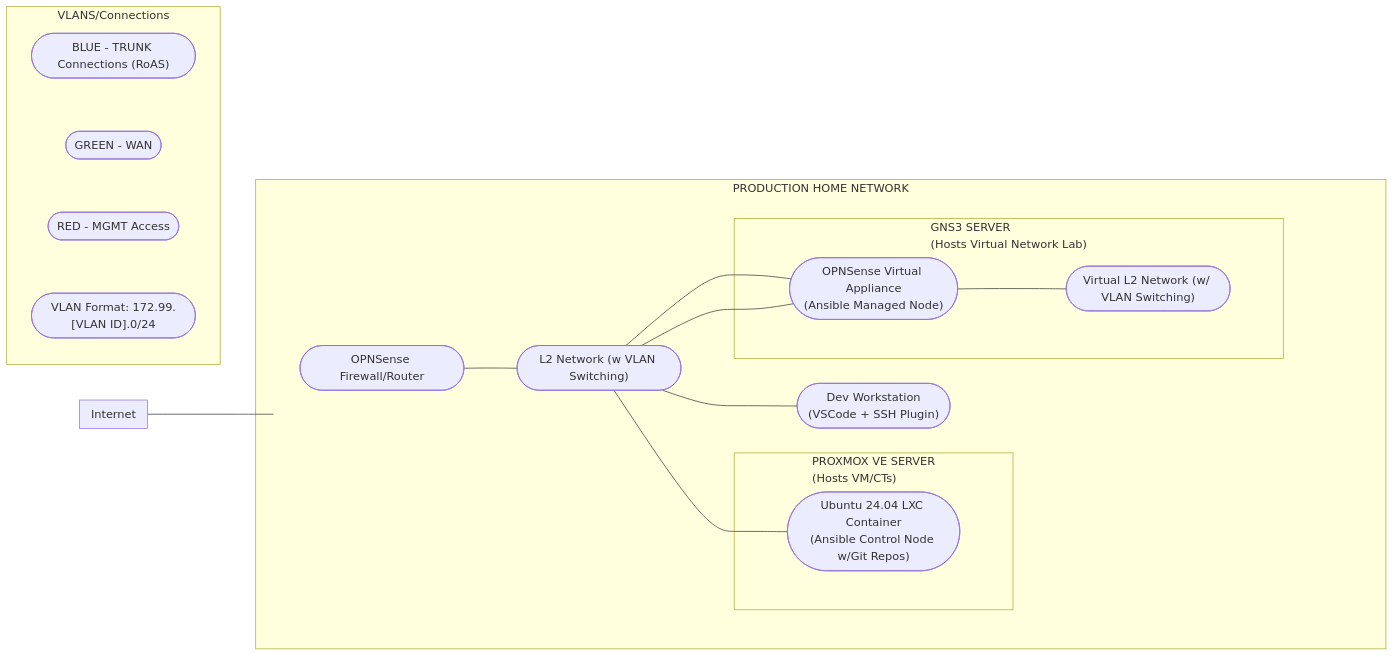
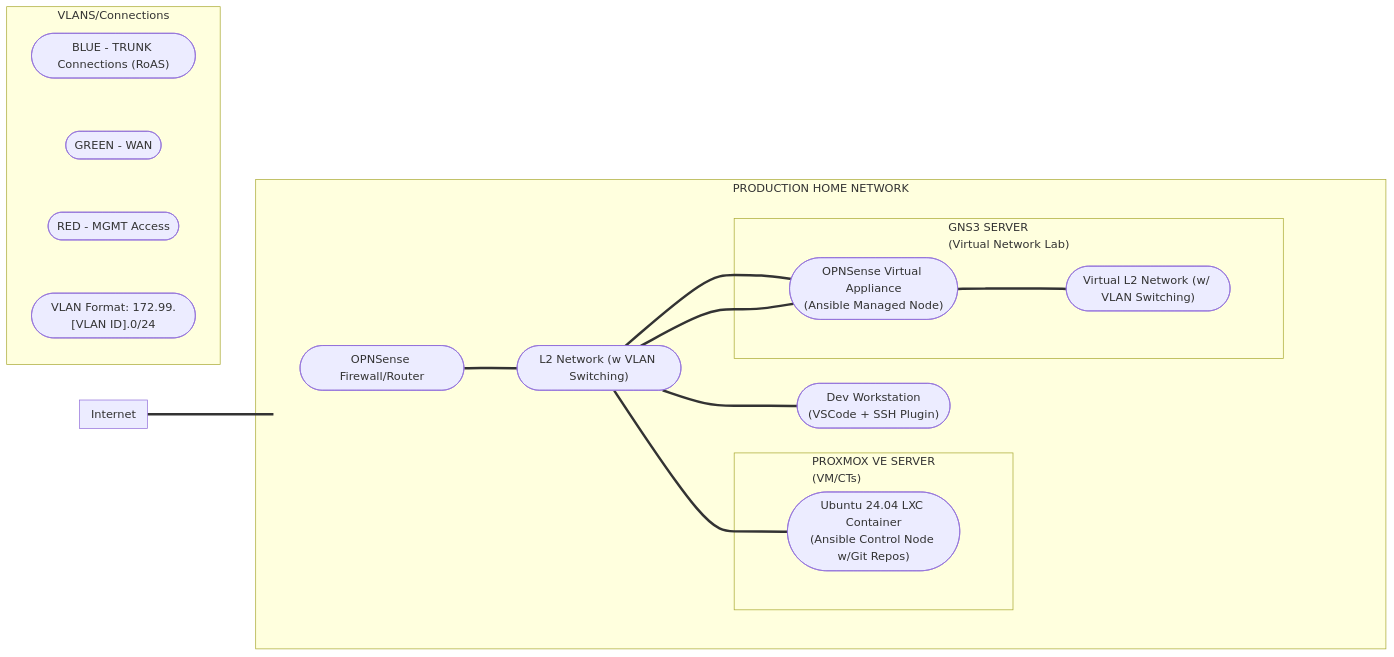
The diagram in docs/env_setup/index.md (drinferno2001/HOME_NETWORK_AUTOMATION_WIKI), drawn with Mermaid before and after one commit.

Commit message:
Remove extraneous wording in node names and buffed up links between nodes/devices (network diagrams).

````diff
--- a/docs/env_setup/index.md
+++ b/docs/env_setup/index.md
@@ -12,71 +12,75 @@
 ``` mermaid
 flowchart LR
 
     %% Define Production Home Network Nodes
 
     PRD_OPNSense(["OPNSense Firewall/Router"])
     PRD_Switching(["L2 Network (w VLAN Switching)"])
     DEV_Workstation(["Dev Workstation<br/>(VSCode + SSH Plugin)"])
 
     %% Define Proxmox Server Nodes
 
     PVE_LXC(["Ubuntu 24.04 LXC Container<br/>(Ansible Control Node w/Git Repos)"])
 
     %% Define GNS3 Server Nodes
 
     VIRT_OPNSense(["OPNSense Virtual Appliance<br/>(Ansible Managed Node)"])
     VIRT_Switching(["Virtual L2 Network (w/ VLAN Switching)"])
 
     %% Define Internet Subgraph
     
     subgraph Internet
     end
     
     subgraph Production_Home_Network [PRODUCTION HOME NETWORK]
         subgraph PHN_Container[" "]
             direction LR
             
-            PRD_OPNSense --- PRD_Switching
-            PRD_Switching --- DEV_Workstation
+            PRD_OPNSense === PRD_Switching
+            PRD_Switching === DEV_Workstation
             
             %% Define Proxmox VE Server Block
-            subgraph Proxmox_VE_Server ["PROXMOX VE SERVER<br/>(Hosts VM/CTs)"]
+            subgraph Proxmox_VE_Server ["PROXMOX VE SERVER<br/>(VM/CTs)"]
                 subgraph Proxmox_VE_Server_Padding[" "]
                     PVE_LXC
                 end
 
                 Proxmox_VE_Server_Padding:::hidden
             end
 
             %% Define GNS3 Server Block
-            subgraph GNS3_Server ["GNS3 SERVER<br/>(Hosts Virtual Network Lab)"]
+            subgraph GNS3_Server ["GNS3 SERVER<br/>(Virtual Network Lab)"]
                 subgraph GNS3_Server_Padding[" "]
-                    VIRT_OPNSense --- VIRT_Switching
+                    VIRT_OPNSense === VIRT_Switching
                 end
 
                 GNS3_Server_Padding:::hidden
             end
 
-            PRD_Switching --- PVE_LXC
-            PRD_Switching --- VIRT_OPNSense
-            PRD_Switching --- VIRT_OPNSense
+            PRD_Switching === PVE_LXC
+            PRD_Switching === VIRT_OPNSense
+            PRD_Switching === VIRT_OPNSense
         end
 
         subgraph PHN_Padding[" "]
         end
 
         PHN_Container:::hidden ~~~ PHN_Padding:::hidden
     end
 
-    Internet --- PRD_OPNSense
+    Production_Home_Network:::PROD
+
+    Internet === PRD_OPNSense
+
+    %% Styles
 
     classDef hidden fill:#0000,stroke:#0000
 
     subgraph VLAN_INFO["VLANS/Connections"]
         direction TB
         note1(["BLUE - TRUNK Connections (RoAS)"]) ~~~
         note2(["GREEN - WAN"]) ~~~
         note3(["RED - MGMT Access"]) ~~~
         note4(["VLAN Format: 172.99.[VLAN ID].0/24"])
     end
 ```
````
